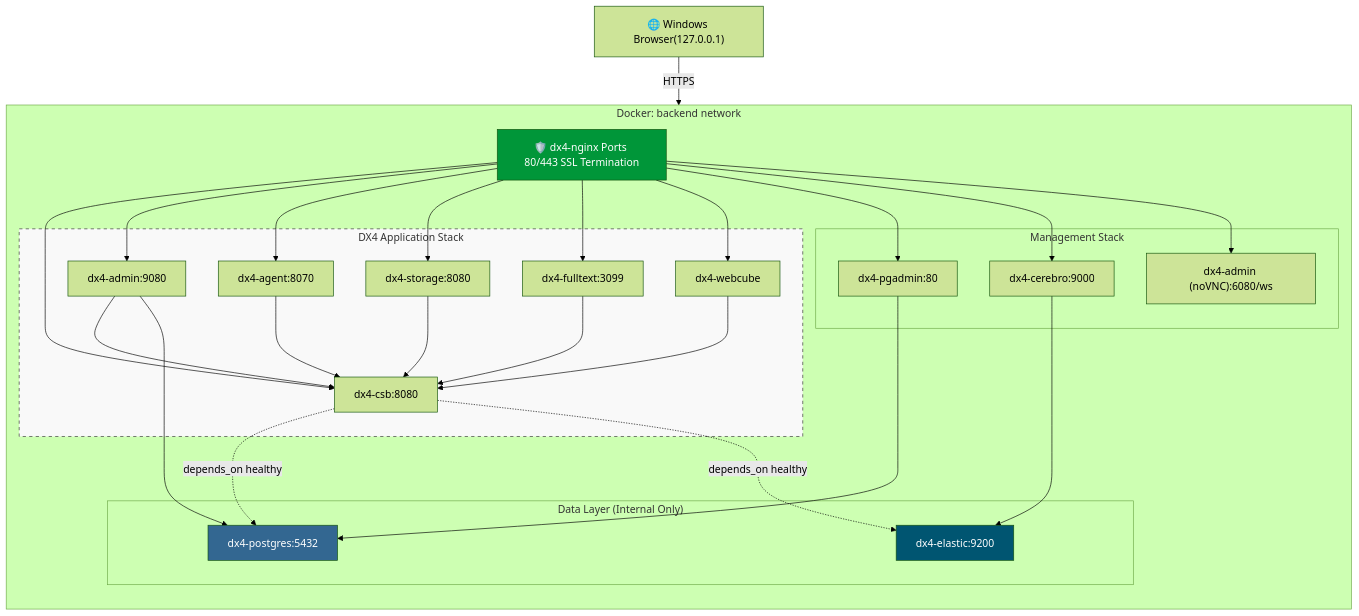
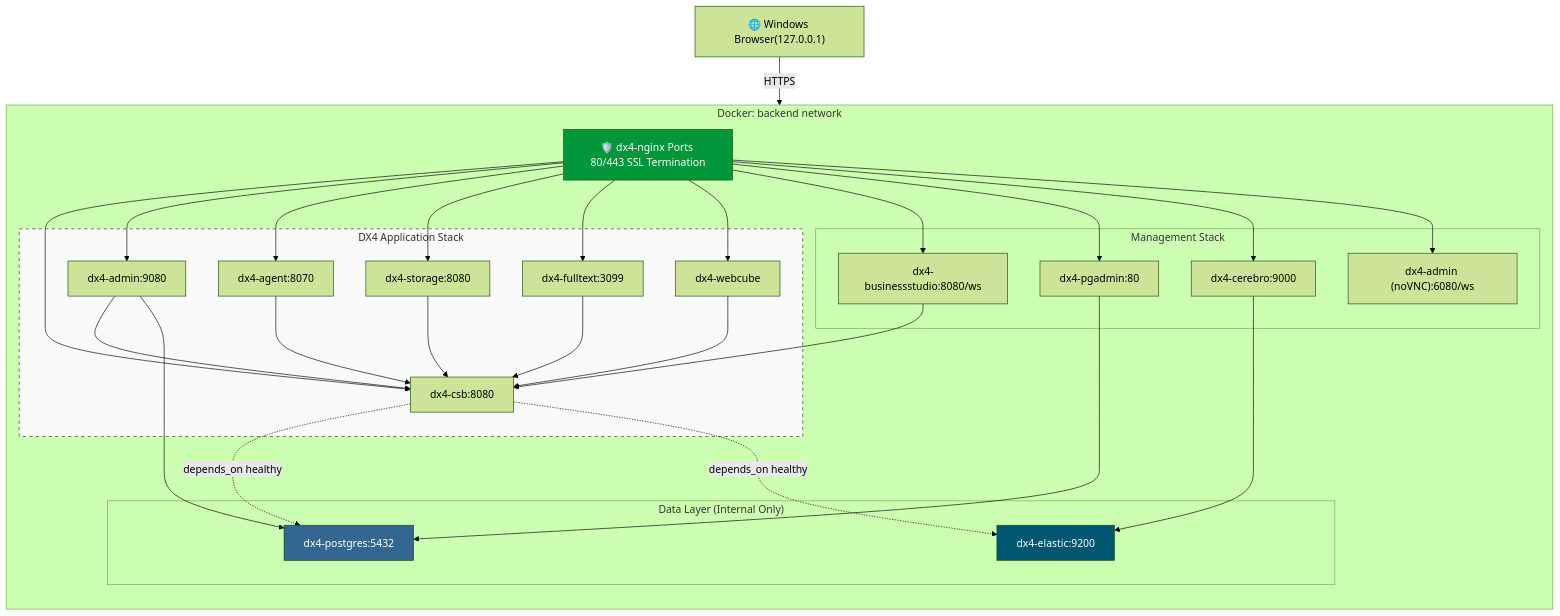
The diagram in LocalDevEnv/EdgeTerminatedSSL/DockerComposeModifications.md (alf-wchong/SER-Doxis-CSB-Helper), drawn with Mermaid (forest theme) before and after one commit. The commit also changed other lines of this file, not shown here.

````diff
--- a/LocalDevEnv/EdgeTerminatedSSL/DockerComposeModifications.md
+++ b/LocalDevEnv/EdgeTerminatedSSL/DockerComposeModifications.md
@@ -52,70 +53,73 @@
 ```mermaid
 flowchart TB
     %% External Entry
     Browser["🌐 Windows Browser(127.0.0.1)"]
     
     subgraph Docker_Network ["Docker: backend network"]
         direction TB
         
         %% Reverse Proxy
         Nginx["🛡️ dx4-nginx Ports 80/443 SSL Termination"]
 
         %% Management Tools
         subgraph Management ["Management Stack"]
             PgAdmin["dx4-pgadmin:80"]
             Cerebro["dx4-cerebro:9000"]
             AdminClient["dx4-admin (noVNC):6080/ws"]
+            BusinessStudio["dx4-businessstudio:8080/ws"]
         end
 
         %% Core DX4 Stack
         subgraph DX4_Core ["DX4 Application Stack"]
             CSB["dx4-csb:8080"]
             Admin["dx4-admin:9080"]
             Agent["dx4-agent:8070"]
             Storage["dx4-storage:8080"]
             Fulltext["dx4-fulltext:3099"]
             WebCube["dx4-webcube"]
         end
 
         %% Internal Data Layer
         subgraph Data_Layer ["Data Layer (Internal Only)"]
             Elastic["dx4-elastic:9200"]
             Postgres["dx4-postgres:5432"]
         end
     end
 
     %% Routing
     Browser -->|HTTPS| Nginx
     
     %% Nginx Reverse Proxy Links
     Nginx --> CSB
     Nginx --> Admin
     Nginx --> Agent
     Nginx --> Storage
     Nginx --> Fulltext
     Nginx --> WebCube
+    Nginx --> BusinessStudio
     Nginx --> PgAdmin
     Nginx --> Cerebro
     Nginx --> AdminClient
 
     %% Internal Dependencies & Healthchecks
     CSB -.->|depends_on healthy| Postgres
     CSB -.->|depends_on healthy| Elastic
     
     Admin --> CSB
     Agent --> CSB
     Storage --> CSB
     Fulltext --> CSB
     WebCube --> CSB
+    BusinessStudio --> CSB
     
     %% Database specific links
     Admin --> Postgres
     PgAdmin --> Postgres
     Cerebro --> Elastic
 
     %% Styling
     style Postgres fill:#336791,color:#fff
     style Elastic fill:#005571,color:#fff
     style Nginx fill:#009639,color:#fff
     style DX4_Core fill:#f9f9f9,stroke:#333,stroke-dasharray: 5 5
 ```
````
